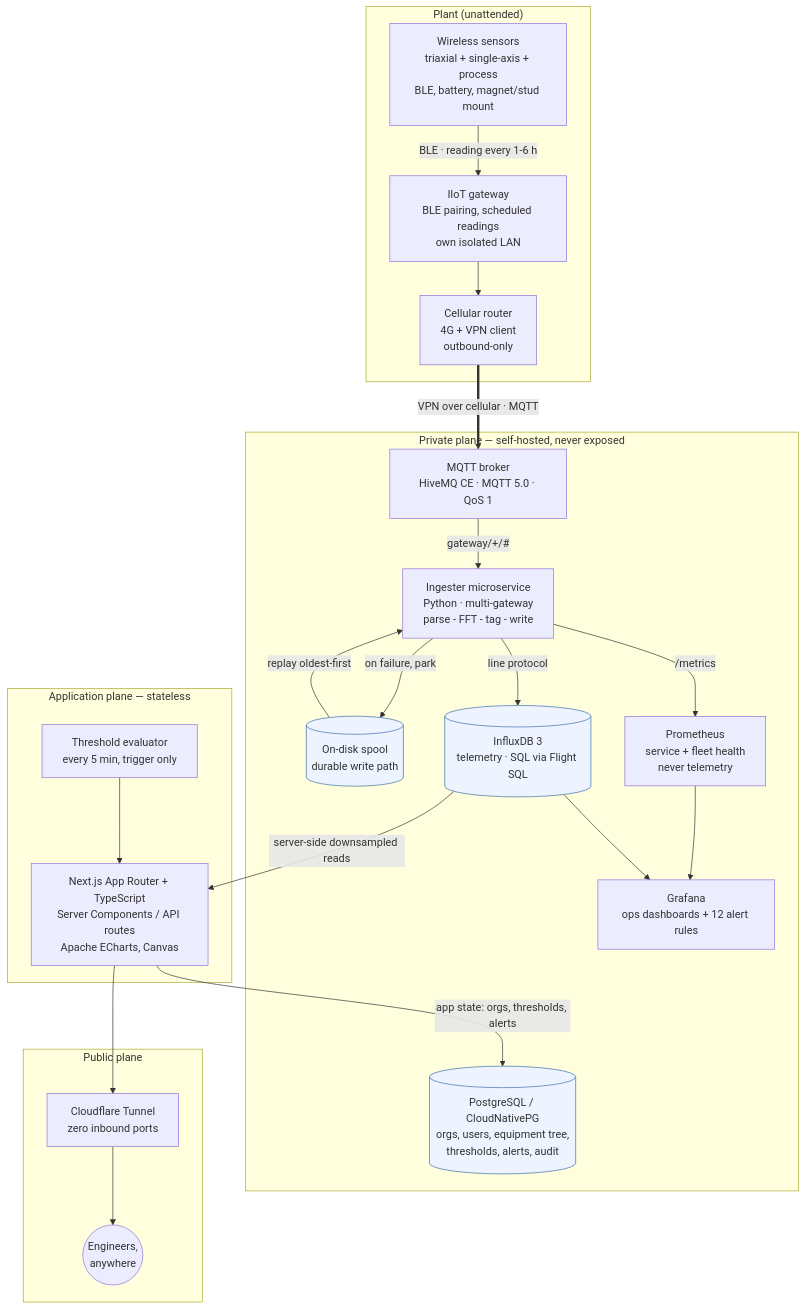
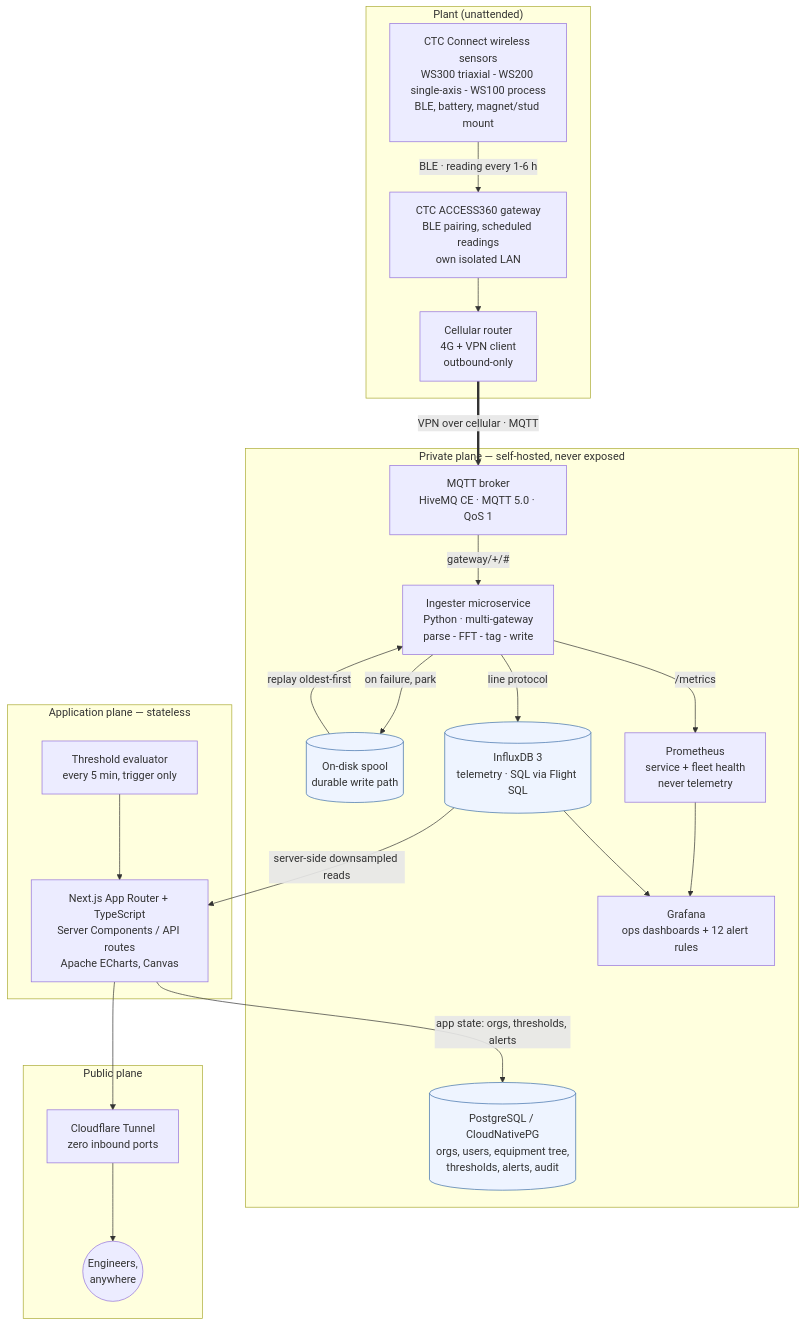
Before and after one commit to jacedeno/spectra-io-showcase: the first of 4 diagrams in README.md, drawn with Mermaid. The commit also changed other lines of this file, not shown here.

First line of the commit message:
Document the CTC Connect edge hardware

````diff
--- a/README.md
+++ b/README.md
@@ -49,47 +49,47 @@
 ```mermaid
 flowchart TB
   subgraph SITE["Plant (unattended)"]
-    S["Wireless sensors<br/>triaxial + single-axis + process<br/>BLE, battery, magnet/stud mount"]
-    GW["IIoT gateway<br/>BLE pairing, scheduled readings<br/>own isolated LAN"]
+    S["CTC Connect wireless sensors<br/>WS300 triaxial - WS200 single-axis - WS100 process<br/>BLE, battery, magnet/stud mount"]
+    GW["CTC ACCESS360 gateway<br/>BLE pairing, scheduled readings<br/>own isolated LAN"]
     BOX["Cellular router<br/>4G + VPN client<br/>outbound-only"]
     S -- "BLE · reading every 1-6 h" --> GW
     GW --> BOX
   end
 
   subgraph PRIV["Private plane — self-hosted, never exposed"]
     MQ["MQTT broker<br/>HiveMQ CE · MQTT 5.0 · QoS 1"]
     ING["Ingester microservice<br/>Python · multi-gateway<br/>parse - FFT - tag - write"]
     SPOOL[("On-disk spool<br/>durable write path")]
     DB[("InfluxDB 3<br/>telemetry · SQL via Flight SQL")]
     PG[("PostgreSQL / CloudNativePG<br/>orgs, users, equipment tree,<br/>thresholds, alerts, audit")]
     PROM["Prometheus<br/>service + fleet health<br/>never telemetry"]
     GRAF["Grafana<br/>ops dashboards + 12 alert rules"]
 
     MQ -- "gateway/+/#" --> ING
     ING -- "on failure, park" --> SPOOL
     SPOOL -- "replay oldest-first" --> ING
     ING -- "line protocol" --> DB
     ING -- "/metrics" --> PROM
     PROM --> GRAF
     DB --> GRAF
   end
 
   subgraph APP["Application plane — stateless"]
     WEB["Next.js App Router + TypeScript<br/>Server Components / API routes<br/>Apache ECharts, Canvas"]
     CRON["Threshold evaluator<br/>every 5 min, trigger only"]
     CRON --> WEB
   end
 
   subgraph PUB["Public plane"]
     CF["Cloudflare Tunnel<br/>zero inbound ports"]
     U(("Engineers,<br/>anywhere"))
   end
 
   BOX == "VPN over cellular · MQTT" ==> MQ
   DB -- "server-side downsampled reads" --> WEB
   WEB -- "app state: orgs, thresholds, alerts" --> PG
   WEB --> CF --> U
 
   classDef store fill:#eef4ff,stroke:#3b6ea8;
   class DB,PG,SPOOL store
 ```
````
